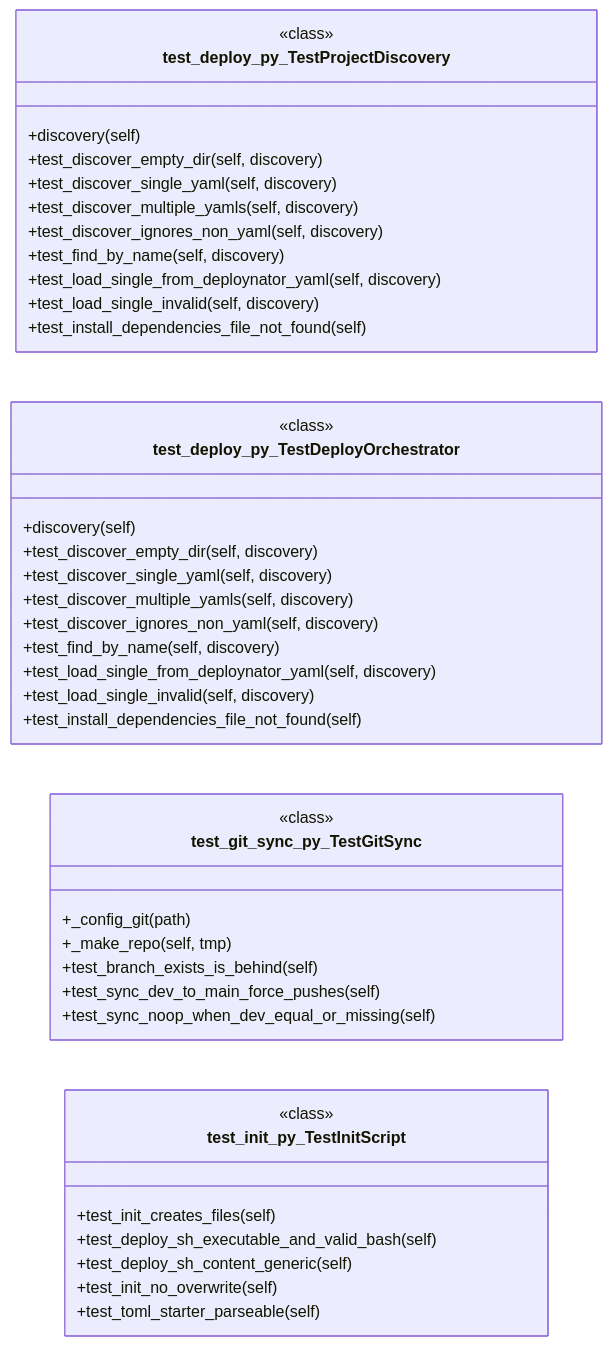
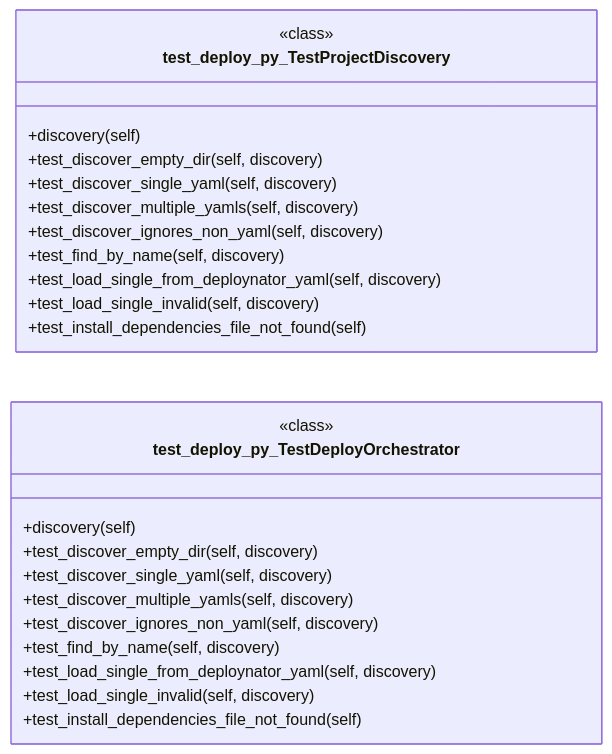
Before and after one commit to grisuno/deploynator: diagram 19 of 19 in readmenator-maps/md/KNOWLEDGE_BASE.md, drawn with Mermaid. The commit also changed other lines of this file and 137 other files, not shown here.

````diff
--- a/readmenator-maps/md/KNOWLEDGE_BASE.md
+++ b/readmenator-maps/md/KNOWLEDGE_BASE.md
@@ -1915,44 +2011,28 @@
 ```mermaid
 classDiagram
   direction LR
   class test_deploy_py_TestProjectDiscovery {
     <<class>>
     +discovery(self)
     +test_discover_empty_dir(self, discovery)
     +test_discover_single_yaml(self, discovery)
     +test_discover_multiple_yamls(self, discovery)
     +test_discover_ignores_non_yaml(self, discovery)
     +test_find_by_name(self, discovery)
     +test_load_single_from_deploynator_yaml(self, discovery)
     +test_load_single_invalid(self, discovery)
     +test_install_dependencies_file_not_found(self)
   }
   class test_deploy_py_TestDeployOrchestrator {
     <<class>>
     +discovery(self)
     +test_discover_empty_dir(self, discovery)
     +test_discover_single_yaml(self, discovery)
     +test_discover_multiple_yamls(self, discovery)
     +test_discover_ignores_non_yaml(self, discovery)
     +test_find_by_name(self, discovery)
     +test_load_single_from_deploynator_yaml(self, discovery)
     +test_load_single_invalid(self, discovery)
     +test_install_dependencies_file_not_found(self)
   }
-  class test_git_sync_py_TestGitSync {
-    <<class>>
-    +_config_git(path)
-    +_make_repo(self, tmp)
-    +test_branch_exists_is_behind(self)
-    +test_sync_dev_to_main_force_pushes(self)
-    +test_sync_noop_when_dev_equal_or_missing(self)
-  }
-  class test_init_py_TestInitScript {
-    <<class>>
-    +test_init_creates_files(self)
-    +test_deploy_sh_executable_and_valid_bash(self)
-    +test_deploy_sh_content_generic(self)
-    +test_init_no_overwrite(self)
-    +test_toml_starter_parseable(self)
-  }
 ```
````
